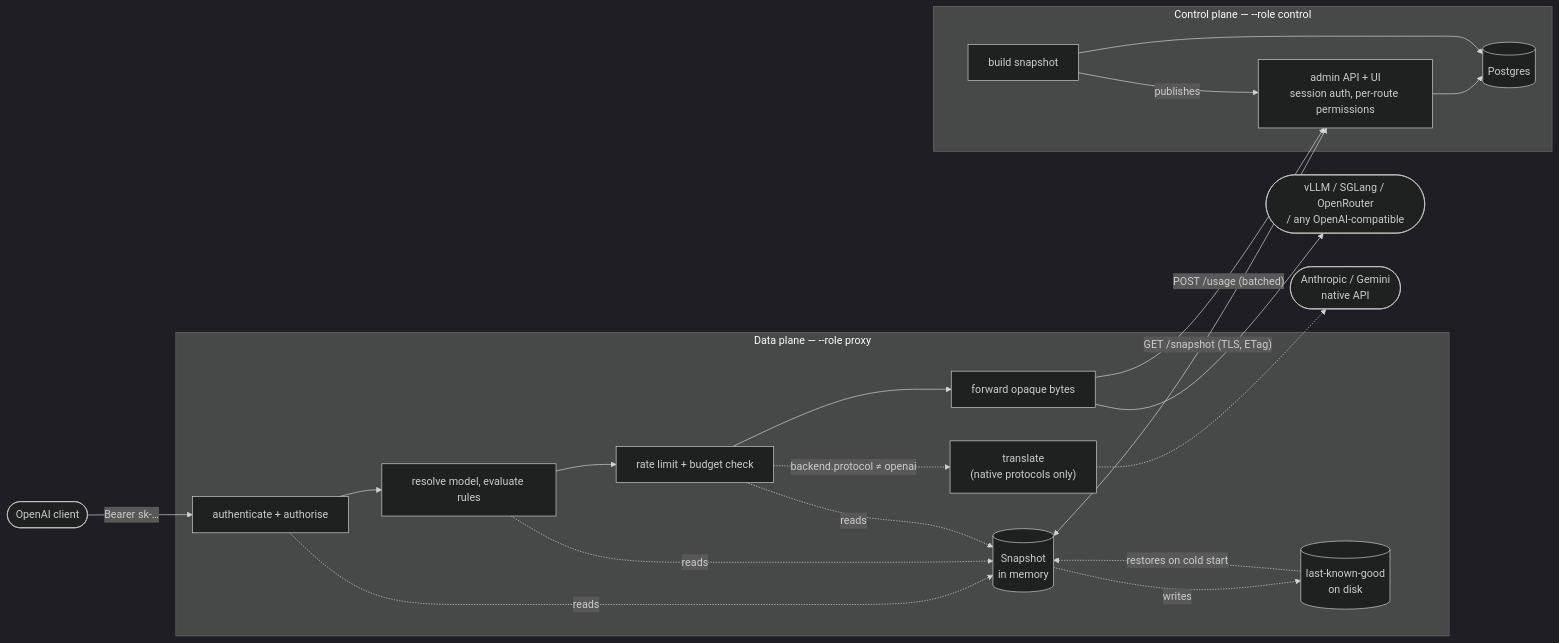
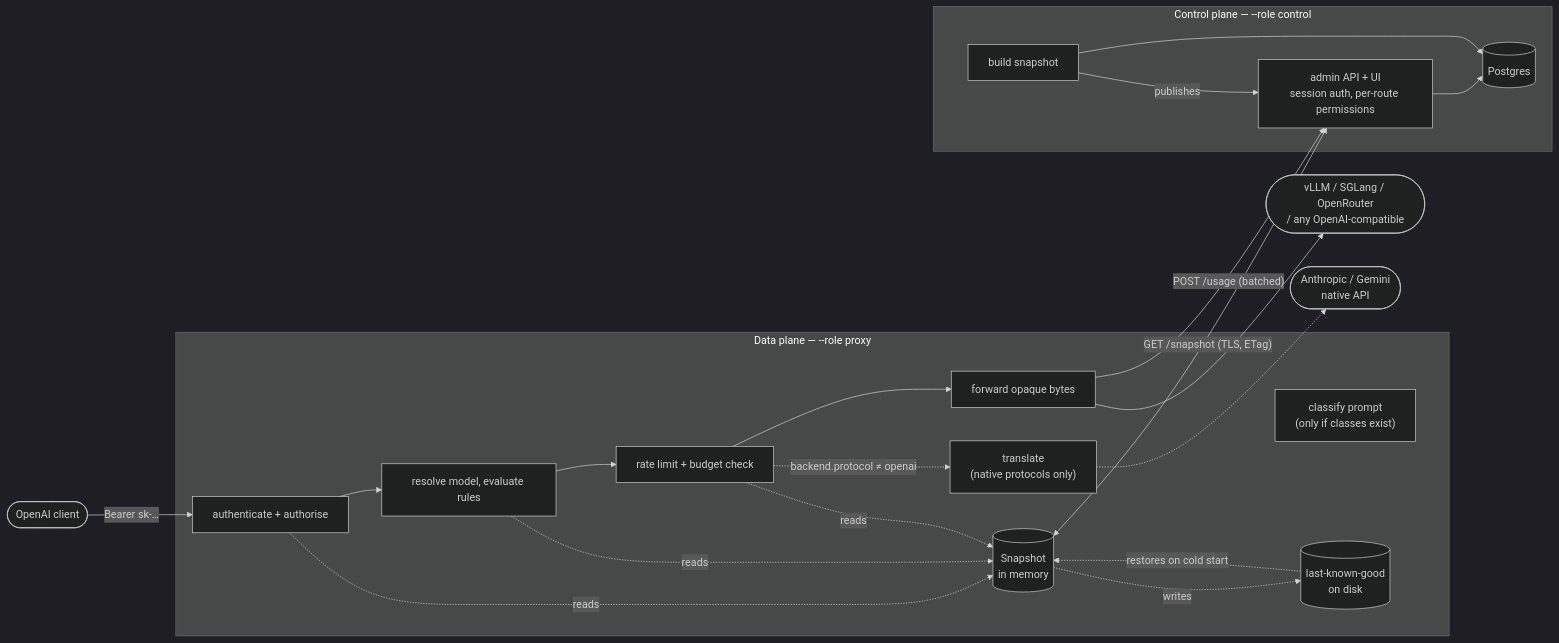
One commit to azrtydxb/Fastllm-proxy changed the first of 3 diagrams in docs/architecture.md. Above: the diagram before and after it, drawn with Mermaid (dark theme). The commit also changed other lines of this file and 16 other files, not shown here.

````diff
--- a/docs/architecture.md
+++ b/docs/architecture.md
@@ -13,37 +13,38 @@
 ```mermaid
 flowchart LR
     client([OpenAI client])
 
     subgraph dp["Data plane — --role proxy"]
         auth[authenticate + authorise]
+        classify["classify prompt<br/>(only if classes exist)"]
         route[resolve model, evaluate rules]
         limit[rate limit + budget check]
         fwd[forward opaque bytes]
         xlate["translate<br/>(native protocols only)"]
         snap[(Snapshot<br/>in memory)]
         cache[(last-known-good<br/>on disk)]
     end
 
     subgraph cp["Control plane — --role control"]
         admin["admin API + UI<br/>session auth, per-route permissions"]
         build[build snapshot]
         pg[(Postgres)]
     end
 
     backend([vLLM / SGLang / OpenRouter<br/>/ any OpenAI-compatible])
 
     client -->|"Bearer sk-…"| auth --> route --> limit --> fwd --> backend
     limit -.->|"backend.protocol ≠ openai"| xlate
     xlate -.-> native([Anthropic / Gemini<br/>native API])
     auth -.reads.-> snap
     route -.reads.-> snap
     limit -.reads.-> snap
 
     admin --> pg
     build --> pg
     build -->|publishes| admin
     snap <-->|"GET /snapshot (TLS, ETag)"| admin
     snap -.writes.-> cache
     cache -.restores on cold start.-> snap
     fwd -->|"POST /usage (batched)"| admin
 ```
````
